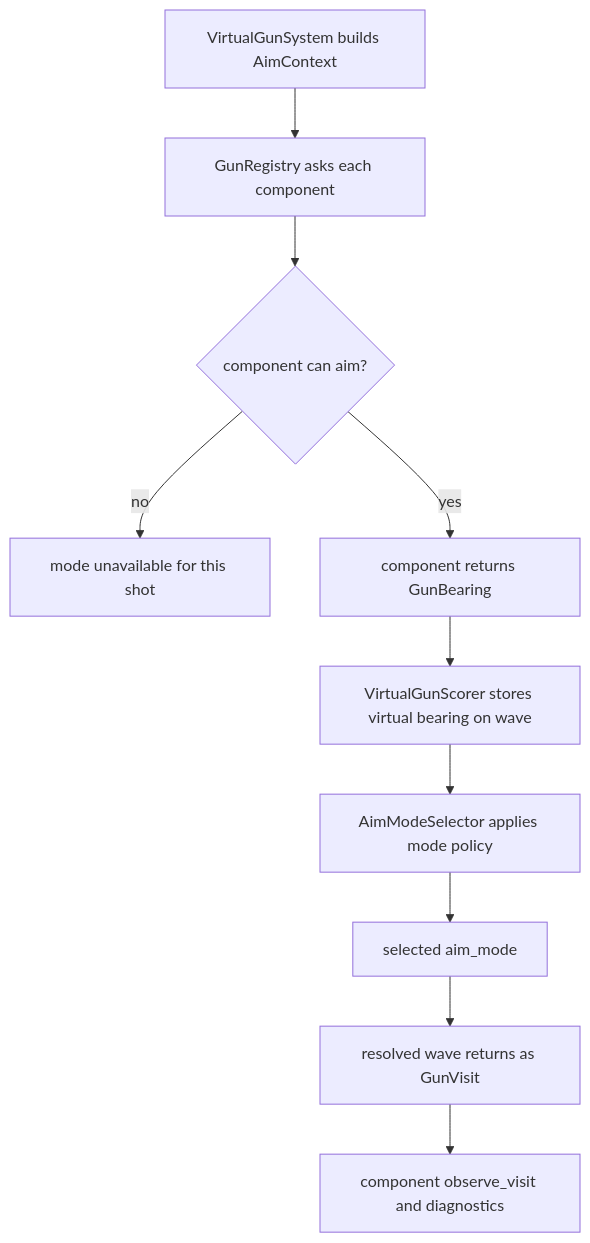
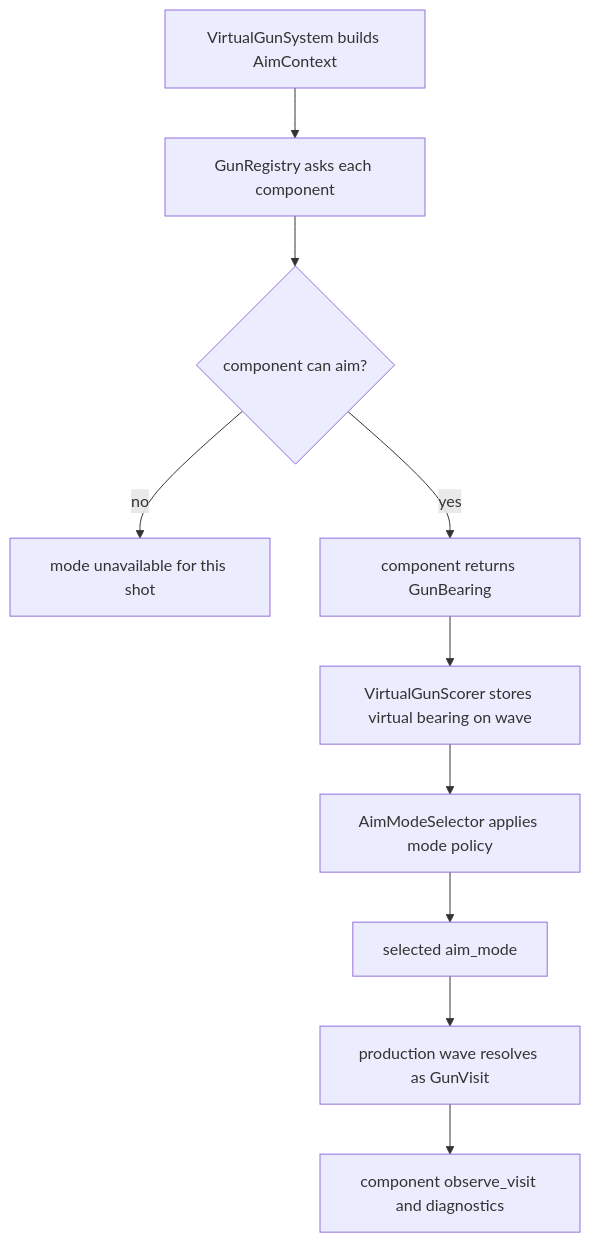
Before and after one commit to fduch-stranger/robocode-bot: the diagram in bots/bot_core/gun/guns/README.md, drawn with Mermaid. The commit also changed other lines of this file and 28 other files, not shown here.

````diff
--- a/bots/bot_core/gun/guns/README.md
+++ b/bots/bot_core/gun/guns/README.md
@@ -29,12 +29,12 @@
 ```mermaid
 flowchart TD
     A["VirtualGunSystem builds AimContext"] --> B["GunRegistry asks each component"]
     B --> C{"component can aim?"}
     C -- "no" --> D["mode unavailable for this shot"]
     C -- "yes" --> E["component returns GunBearing"]
     E --> F["VirtualGunScorer stores virtual bearing on wave"]
     F --> G["AimModeSelector applies mode policy"]
     G --> H["selected aim_mode"]
-    H --> I["resolved wave returns as GunVisit"]
+    H --> I["production wave resolves as GunVisit"]
     I --> J["component observe_visit and diagnostics"]
 ```
````
